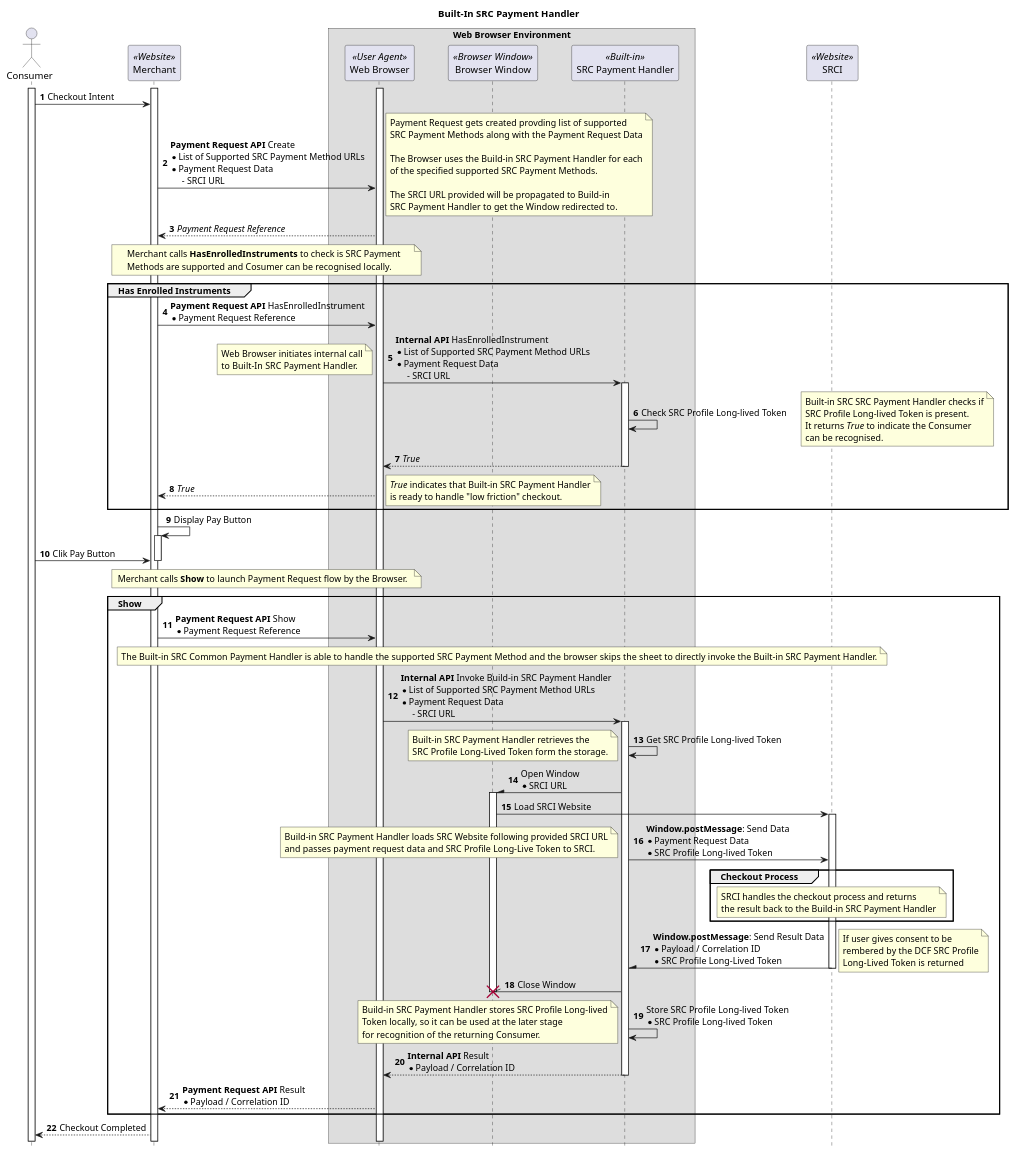
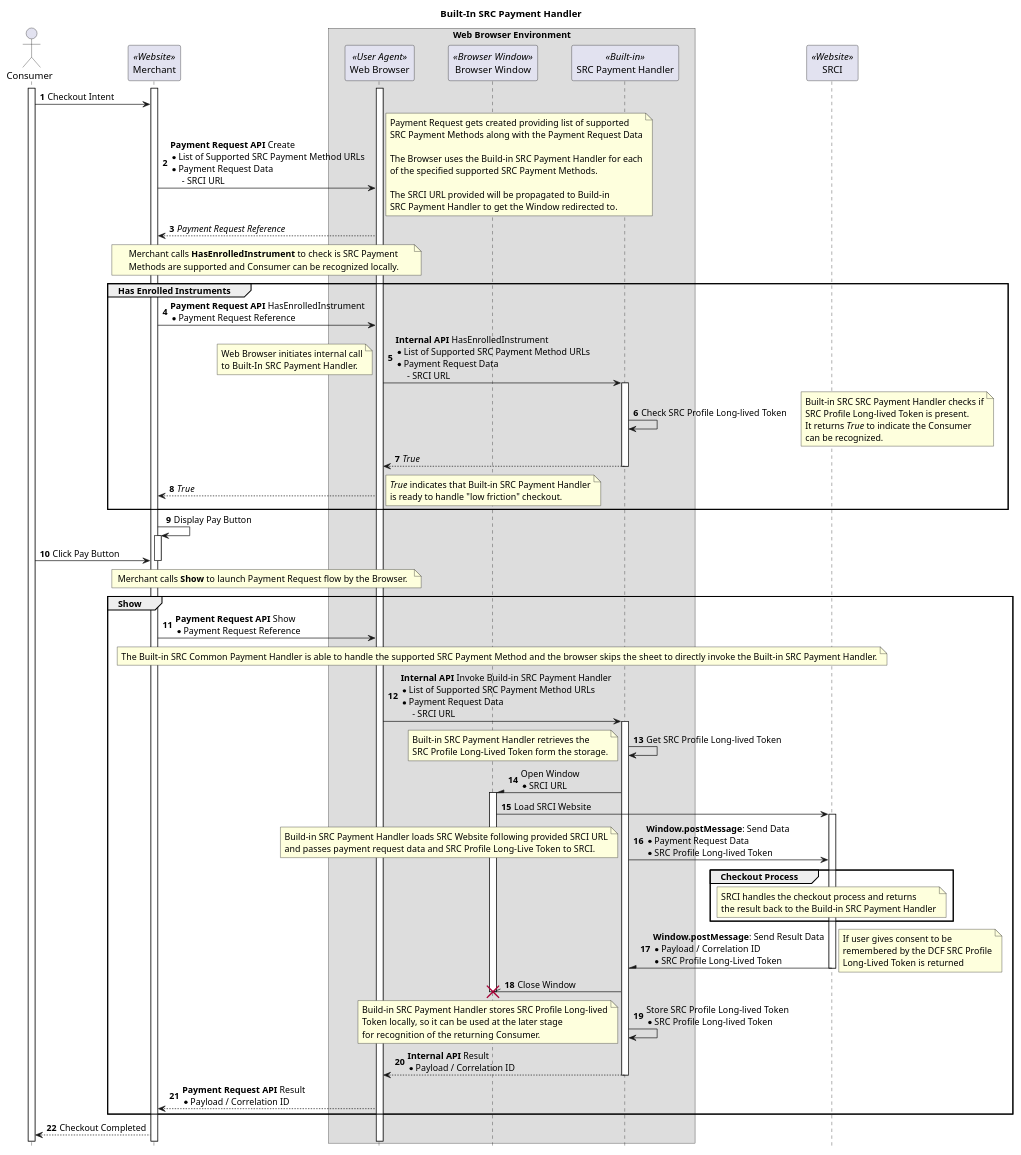
Before and after one commit to w3c/src: the diagram in alt-builtin.puml, drawn with PlantUML. The commit also changed 1 other file, not shown here.

```diff
--- a/alt-builtin.puml
+++ b/alt-builtin.puml
@@ -1,125 +1,125 @@
 @startuml
 
 autonumber
 hide footbox
 skinparam ParticipantPadding 20
 skinparam BoxPadding 10
 
 title Built-In SRC Payment Handler
 
 actor Consumer as Consumer
 participant Merchant as Merchant <<Website>>
 
 box "Web Browser Environment"
   participant "Web Browser" as Browser <<User Agent>>
   participant "Browser Window" as Window <<Browser Window>>
   participant "SRC Payment Handler" as PH <<Built-in>>
 end box
 
 participant "SRCI" as SRCI <<Website>>
 
 activate Consumer
 activate Merchant
 activate Browser
 
 Consumer->Merchant: Checkout Intent
 Merchant->Browser: **Payment Request API** Create\n* List of Supported SRC Payment Method URLs\n* Payment Request Data\n     - SRCI URL
 note right
-  Payment Request gets created provding list of supported
+  Payment Request gets created providing list of supported
   SRC Payment Methods along with the Payment Request Data
 
   The Browser uses the Build-in SRC Payment Handler for each
   of the specified supported SRC Payment Methods.
 
   The SRCI URL provided will be propagated to Build-in
   SRC Payment Handler to get the Window redirected to.
 end note
 return //Payment Request Reference//
 
 note over Merchant, Browser
-  Merchant calls **HasEnrolledInstruments** to check is SRC Payment
-  Methods are supported and Cosumer can be recognised locally.
+  Merchant calls **HasEnrolledInstrument** to check is SRC Payment
+  Methods are supported and Consumer can be recognized locally.
 end note
 group Has Enrolled Instruments
 Merchant->Browser: **Payment Request API** HasEnrolledInstrument\n* Payment Request Reference
 Browser->PH: **Internal API** HasEnrolledInstrument\n* List of Supported SRC Payment Method URLs\n* Payment Request Data\n     - SRCI URL
 activate PH
 note left
   Web Browser initiates internal call
   to Built-In SRC Payment Handler.
 end note
 PH->PH: Check SRC Profile Long-lived Token
 note right
   Built-in SRC SRC Payment Handler checks if
   SRC Profile Long-lived Token is present.
   It returns //True// to indicate the Consumer
-  can be recognised.
+  can be recognized.
 end note
 return //True//
 Browser-->Merchant: //True//
 note right
   //True// indicates that Built-in SRC Payment Handler
   is ready to handle "low friction" checkout.
 end note
 end group
 Merchant->Merchant: Display Pay Button
 activate Merchant
-Consumer->Merchant: Clik Pay Button
+Consumer->Merchant: Click Pay Button
 deactivate Merchant
 note over Merchant, Browser
   Merchant calls **Show** to launch Payment Request flow by the Browser. 
 end note
 group Show
 Merchant->Browser: **Payment Request API** Show\n* Payment Request Reference
 note over Browser, PH
   The Built-in SRC Common Payment Handler is able to handle the supported SRC Payment Method and the browser skips the sheet to directly invoke the Built-in SRC Payment Handler.
 end note
 Browser->PH: **Internal API** Invoke Build-in SRC Payment Handler\n* List of Supported SRC Payment Method URLs\n* Payment Request Data\n     - SRCI URL
 activate PH
 
 PH->PH: Get SRC Profile Long-lived Token
 note left
     Built-in SRC Payment Handler retrieves the
     SRC Profile Long-Lived Token form the storage.
 end note
 
 PH-\Window: Open Window\n* SRCI URL
 activate Window
 Window->SRCI: Load SRCI Website
 activate SRCI
 PH->SRCI: **Window.postMessage**: Send Data\n* Payment Request Data\n* SRC Profile Long-lived Token
 note left
    Build-in SRC Payment Handler loads SRC Website following provided SRCI URL
    and passes payment request data and SRC Profile Long-Live Token to SRCI.
 end note
 
 group Checkout Process
 note over SRCI
     SRCI handles the checkout process and returns
     the result back to the Build-in SRC Payment Handler
 end note
 end group
 
 SRCI-\PH: **Window.postMessage**: Send Result Data\n* Payload / Correlation ID\n* SRC Profile Long-Lived Token
 deactivate SRCI
 note right
   If user gives consent to be
-  rembered by the DCF SRC Profile
+  remembered by the DCF SRC Profile
   Long-Lived Token is returned
 end note
 PH-\\Window!!: Close Window
 PH->PH: Store SRC Profile Long-lived Token\n* SRC Profile Long-lived Token
 note left
     Build-in SRC Payment Handler stores SRC Profile Long-lived
     Token locally, so it can be used at the later stage
     for recognition of the returning Consumer.
 end note
 
 PH-->Browser: **Internal API** Result\n* Payload / Correlation ID
 deactivate PH
 Browser-->Merchant: **Payment Request API** Result\n* Payload / Correlation ID
 end group
 
 Merchant-->Consumer: Checkout Completed
 
 @enduml
```
